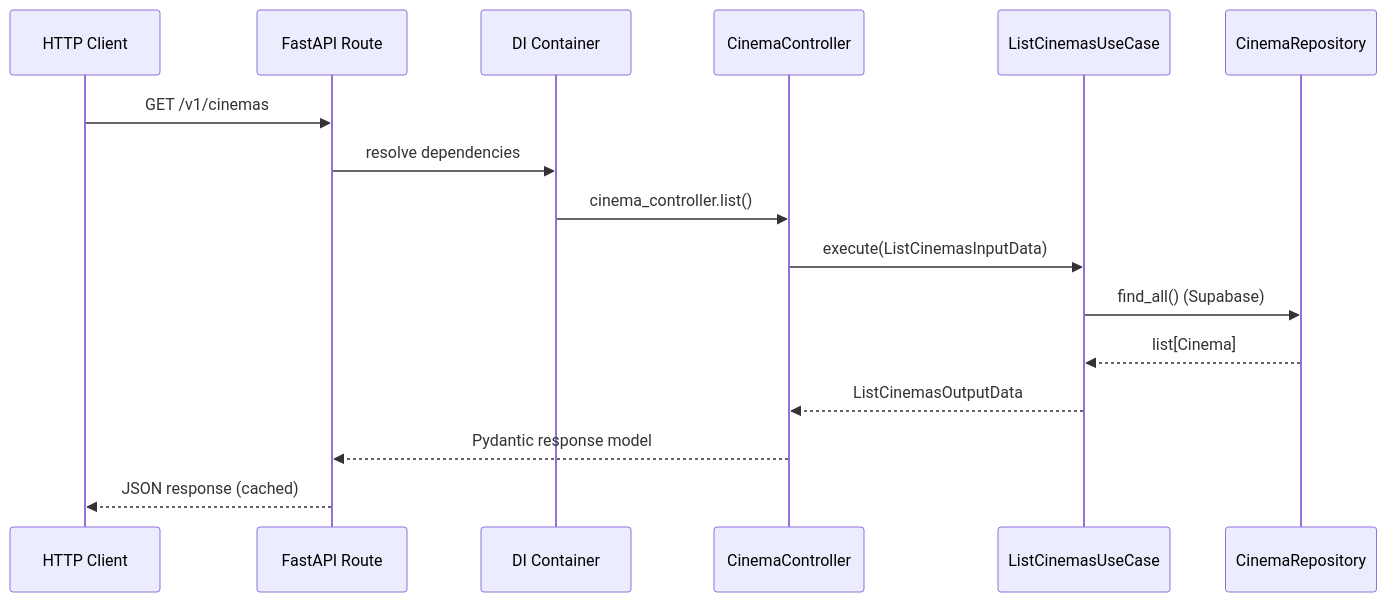
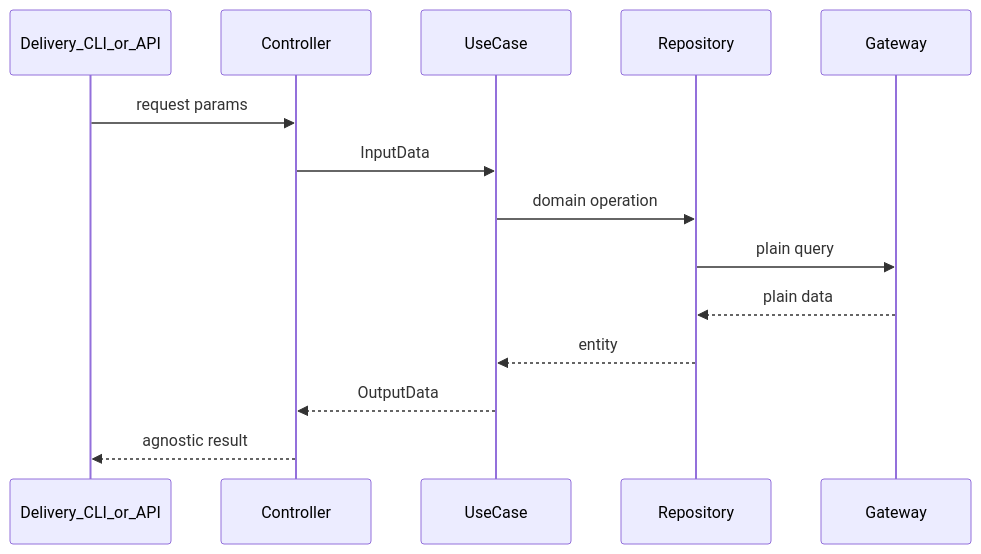
The diagram in docs/architecture.md (ArnaudJalbert/marquise), drawn with Mermaid before and after one commit. The commit also changed other lines of this file and 16 other files, not shown here.

First line of the commit message:
docs: restructure agent guidelines and move architecture to docs/

````diff
--- a/docs/architecture.md
+++ b/docs/architecture.md
@@ -88,19 +124,17 @@
 ```mermaid
 sequenceDiagram
-    participant Client as HTTP Client
-    participant Route as FastAPI Route
-    participant Container as DI Container
-    participant Ctrl as CinemaController
-    participant UC as ListCinemasUseCase
-    participant Repo as CinemaRepository
+  participant Delivery as Delivery_CLI_or_API
+  participant Controller as Controller
+  participant UseCase as UseCase
+  participant Repo as Repository
+  participant Gateway as Gateway
 
-    Client->>Route: GET /v1/cinemas
-    Route->>Container: resolve dependencies
-    Container->>Ctrl: cinema_controller.list()
-    Ctrl->>UC: execute(ListCinemasInputData)
-    UC->>Repo: find_all() (Supabase)
-    Repo-->>UC: list[Cinema]
-    UC-->>Ctrl: ListCinemasOutputData
-    Ctrl-->>Route: Pydantic response model
-    Route-->>Client: JSON response (cached)
+  Delivery->>Controller: request params
+  Controller->>UseCase: InputData
+  UseCase->>Repo: domain operation
+  Repo->>Gateway: plain query
+  Gateway-->>Repo: plain data
+  Repo-->>UseCase: entity
+  UseCase-->>Controller: OutputData
+  Controller-->>Delivery: agnostic result
 ```
````
